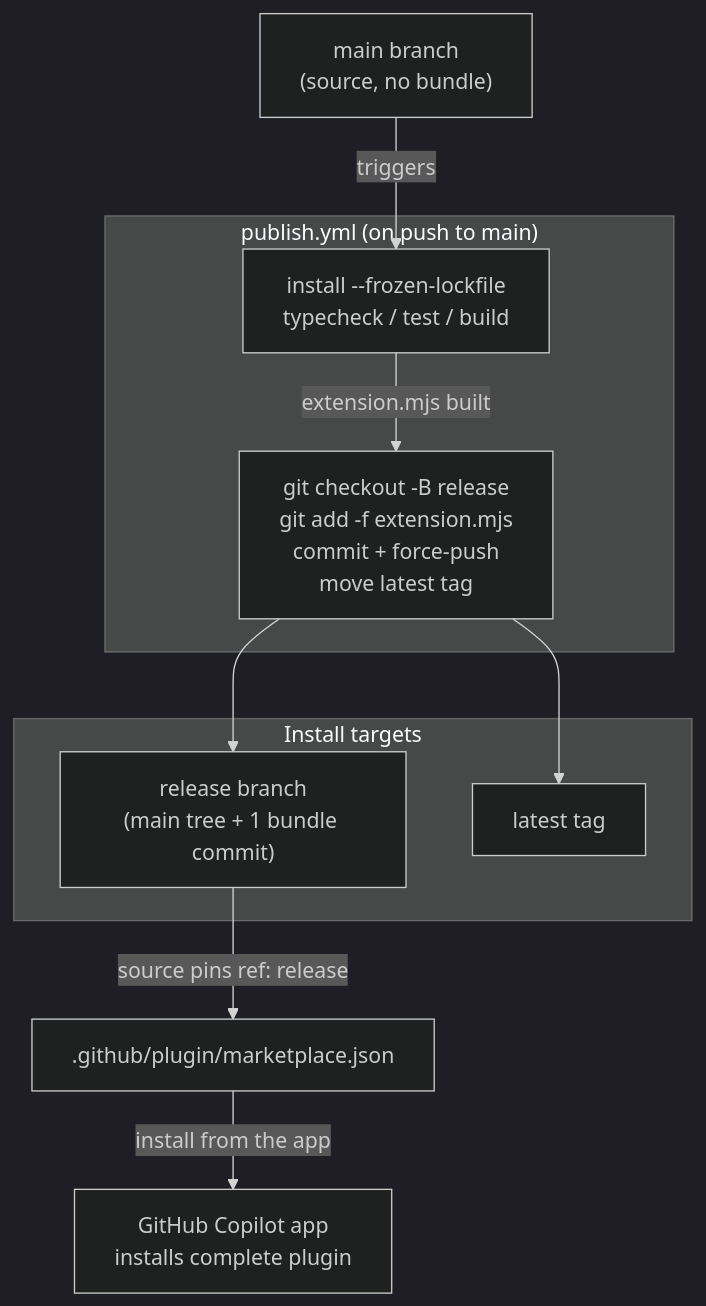
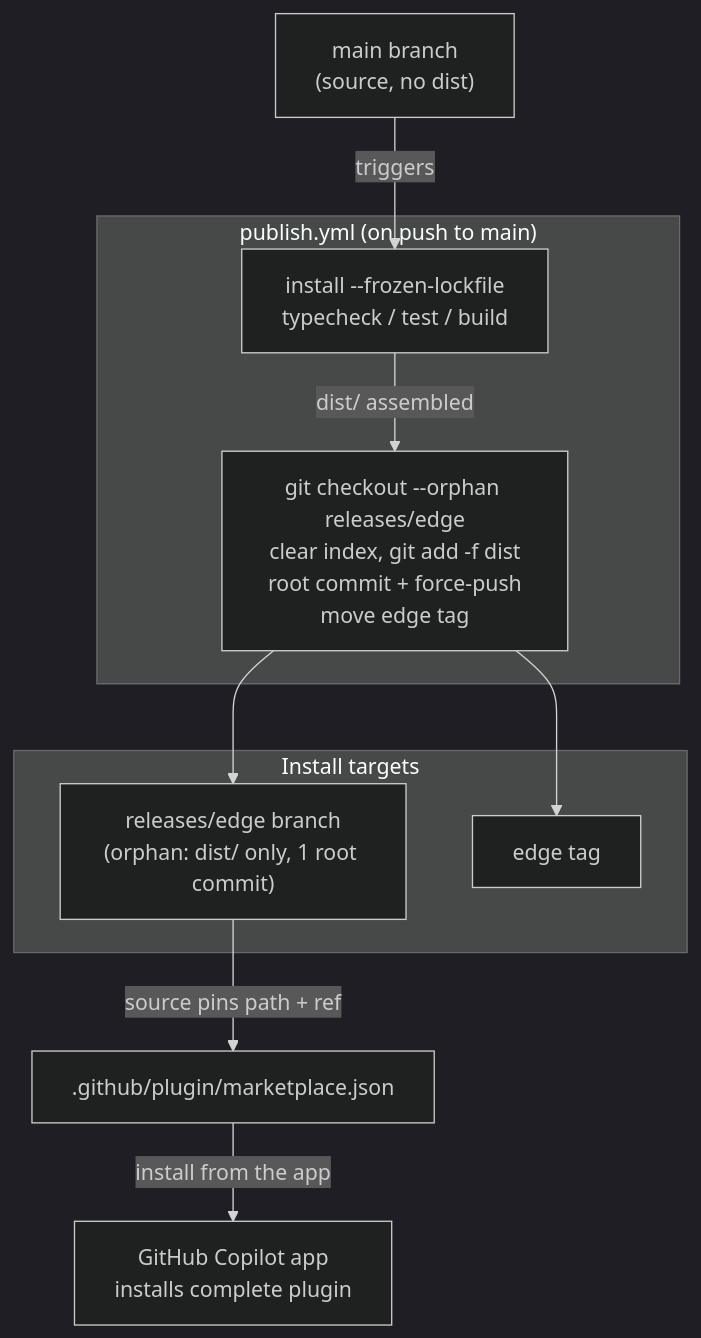
The second of 2 diagrams in docs/architecture/plugin-packaging-and-publishing.md (radius-project/ai-extensions), drawn with Mermaid (dark theme) before and after one commit. The commit also changed other lines of this file and 75 other files, not shown here.

Commit message:
refactor: cleanup and edge release (#277)

````diff
--- a/docs/architecture/plugin-packaging-and-publishing.md
+++ b/docs/architecture/plugin-packaging-and-publishing.md
@@ -72,21 +84,21 @@
 ```mermaid
 graph TD
     subgraph CI["publish.yml (on push to main)"]
         Steps["install --frozen-lockfile<br/>typecheck / test / build"]
-        Assemble["git checkout -B release<br/>git add -f extension.mjs<br/>commit + force-push<br/>move latest tag"]
+        Assemble["git checkout --orphan releases/edge<br/>clear index, git add -f dist<br/>root commit + force-push<br/>move edge tag"]
     end
 
-    Main["main branch<br/>(source, no bundle)"] -->|triggers| Steps
-    Steps -->|extension.mjs built| Assemble
+    Main["main branch<br/>(source, no dist)"] -->|triggers| Steps
+    Steps -->|dist/ assembled| Assemble
 
     subgraph Published["Install targets"]
-        Release["release branch<br/>(main tree + 1 bundle commit)"]
-        Latest["latest tag"]
+        Release["releases/edge branch<br/>(orphan: dist/ only, 1 root commit)"]
+        Edge["edge tag"]
     end
 
     Assemble --> Release
-    Assemble --> Latest
+    Assemble --> Edge
 
-    Release -->|source pins ref: release| MP[".github/plugin/marketplace.json"]
+    Release -->|source pins path + ref| MP[".github/plugin/marketplace.json"]
     MP -->|install from the app| Install["GitHub Copilot app<br/>installs complete plugin"]
 ```
````
